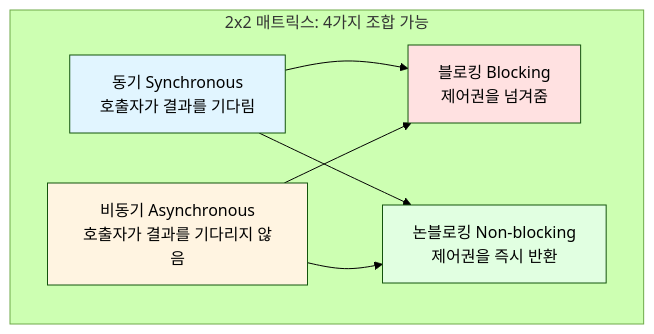
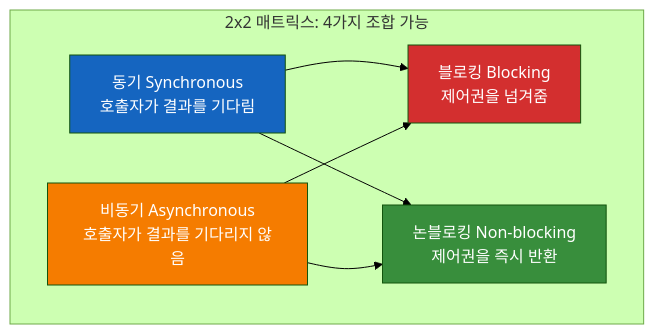
One commit to sskim91/TIL changed the first of 14 diagrams in computer-science/동기-비동기-블로킹-논블로킹.md. Above: the diagram before and after it, drawn with Mermaid (forest theme). The commit also changed other lines of this file and 1 other file, not shown here.

````diff
--- a/computer-science/동기-비동기-블로킹-논블로킹.md
+++ b/computer-science/동기-비동기-블로킹-논블로킹.md
@@ -9,19 +9,19 @@
 ```mermaid
 graph TB
     subgraph "2x2 매트릭스: 4가지 조합 가능"
         A[동기 Synchronous<br/>호출자가 결과를 기다림]
         B[비동기 Asynchronous<br/>호출자가 결과를 기다리지 않음]
         C[블로킹 Blocking<br/>제어권을 넘겨줌]
         D[논블로킹 Non-blocking<br/>제어권을 즉시 반환]
 
         A --> C
         A --> D
         B --> C
         B --> D
     end
 
-    style A fill:#e1f5ff
-    style B fill:#fff4e1
-    style C fill:#ffe1e1
-    style D fill:#e1ffe1
+    style A fill:#1565C0,color:#fff
+    style B fill:#F57C00,color:#fff
+    style C fill:#D32F2F,color:#fff
+    style D fill:#388E3C,color:#fff
 ```
````
